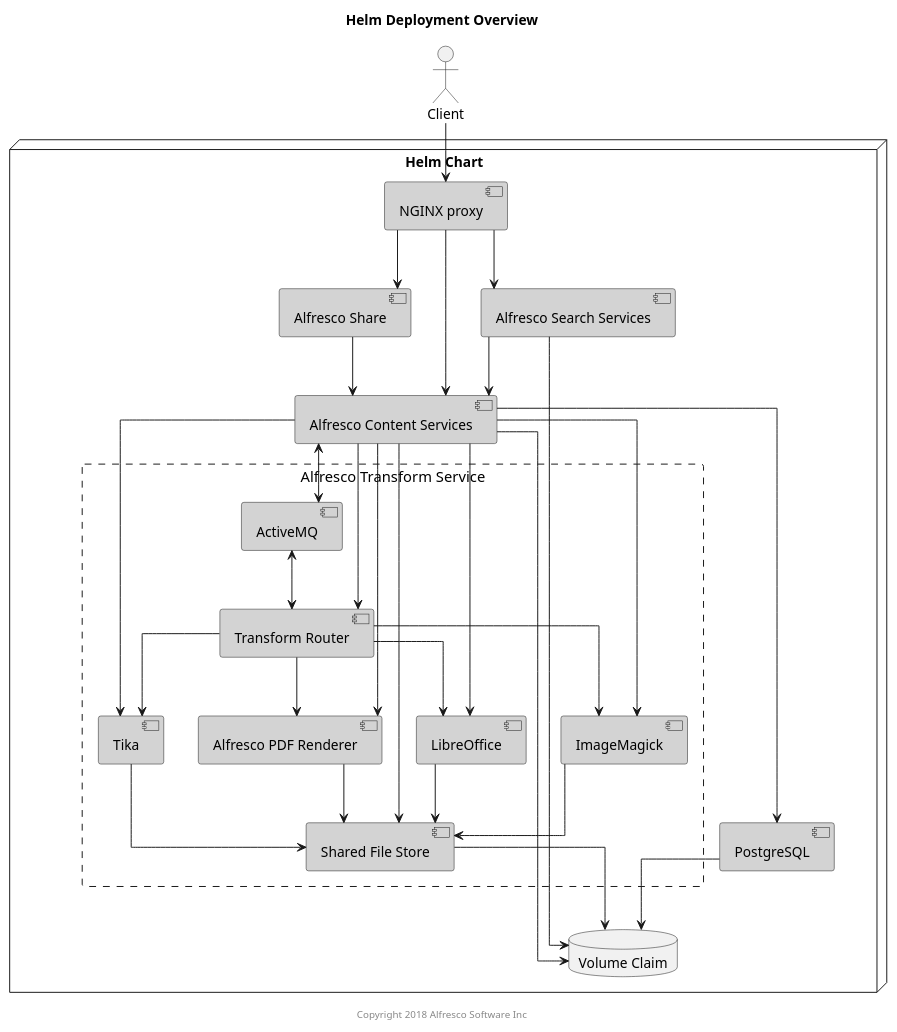
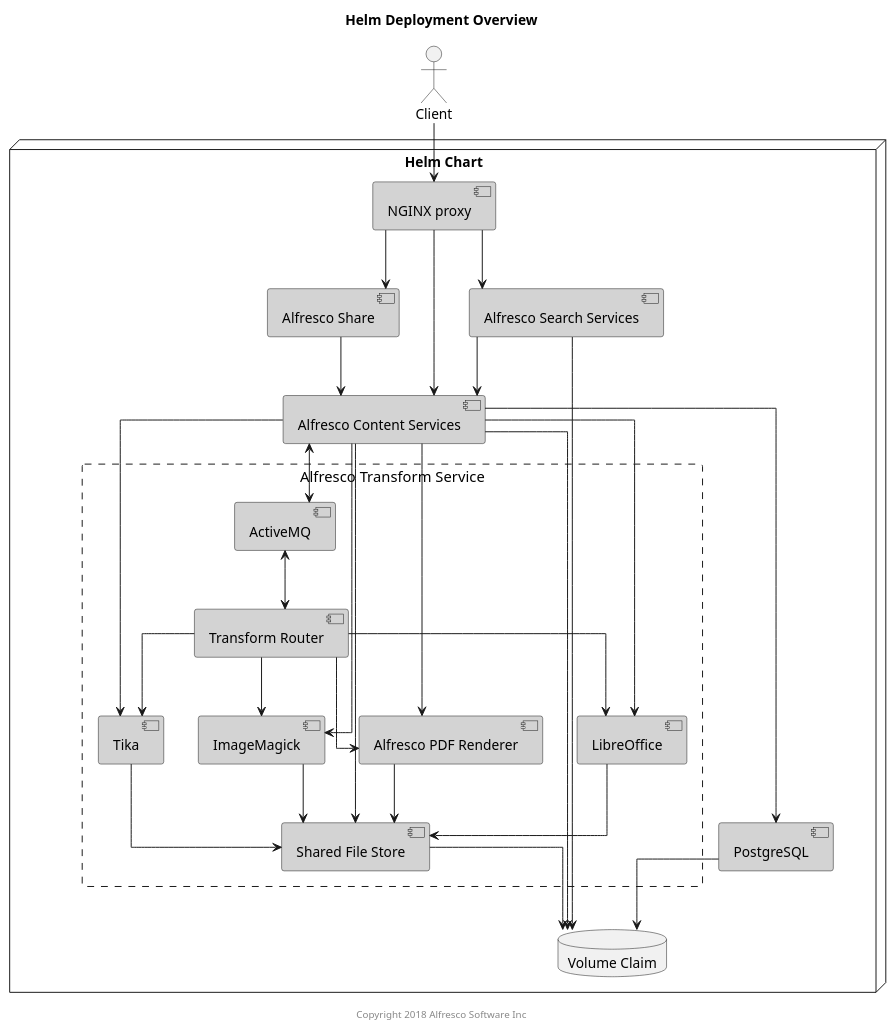
The diagram in docs/diagrams/helm-chart/helm-components.puml (Alfresco/acs-deployment), drawn with PlantUML before and after one commit. The commit also changed 1 other file, not shown here.

Commit message:
ATS-92 : The first Deployment update for ACS (Repo) to use ATS    - removed link between acs and t-router

```diff
--- a/docs/diagrams/helm-chart/helm-components.puml
+++ b/docs/diagrams/helm-chart/helm-components.puml
@@ -1,66 +1,65 @@
 @startuml
 
 Title: Helm Deployment Overview
 
 skinparam componentStyle uml2
 skinparam linetype ortho
 skinparam rectangle {
     BorderStyle dashed
     FontSize 15
     FontStyle none
 }
 
 actor Client
 
 node "Helm Chart" {
     component "NGINX proxy" as nginx #lightgrey
     component "Alfresco Content Services" as acs #lightgrey
     component "Alfresco Search Services" as ass #lightgrey
     component "PostgreSQL" as psql #lightgrey
     component "Alfresco Share" as share #lightgrey
     database "Volume Claim" as vc
     rectangle "Alfresco Transform Service" {
         component "Transform Router" as tr #lightgrey
         component "Shared File Store" as sfs #lightgrey
         component "ActiveMQ" as amq #lightgrey
         component "Alfresco PDF Renderer" as pdfr #lightgrey
         component "LibreOffice" as libr #lightgrey
         component "ImageMagick" as img #lightgrey
         component "Tika" as tika #lightgrey
     }
 }
 
 Client --> nginx
 
 nginx --> acs
 nginx --> ass
 nginx --> share
 
 acs --> vc
 ass --> vc
 psql --> vc
 sfs --> vc
 
 ass --> acs
 acs --> psql
 acs --> pdfr
 acs --> libr
 acs --> img
 acs --> tika
-acs --> tr
 acs --> sfs
 acs <--> amq
 tr --> pdfr
 tr --> libr
 tr --> img
 tr --> tika
 tr <-up-> amq
 pdfr --> sfs
 libr --> sfs
 img --> sfs
 tika --> sfs
 share --> acs
 
 center footer Copyright 2018 Alfresco Software Inc
 
 @enduml
```
